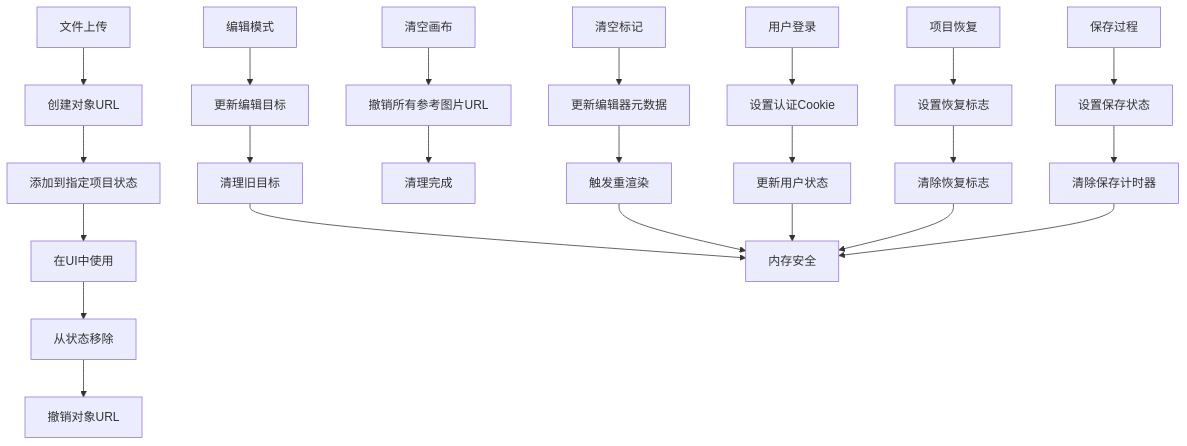
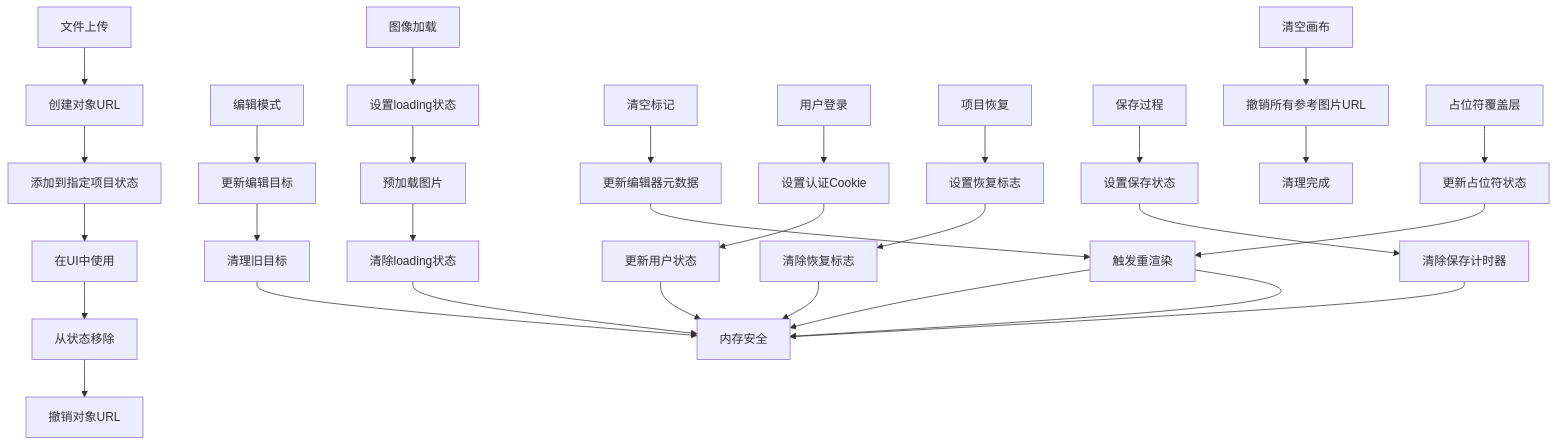
One commit to billye220670/BananaFlow2 changed diagram 17 of 18 in .qoder/repowiki/zh/content/状态管理系统.md. Above: the diagram before and after it, drawn with Mermaid. The commit also changed other lines of this file and 6 other files, not shown here.

````diff
--- a/.qoder/repowiki/zh/content/状态管理系统.md
+++ b/.qoder/repowiki/zh/content/状态管理系统.md
@@ -1084,25 +809,32 @@
 ```mermaid
 flowchart TD
 Upload[文件上传] --> CreateURL[创建对象URL]
 CreateURL --> AddToStore[添加到指定项目状态]
 AddToStore --> UseInUI[在UI中使用]
 UseInUI --> RemoveFromStore[从状态移除]
 RemoveFromStore --> RevokeURL[撤销对象URL]
 EditMode[编辑模式] --> UpdateTarget[更新编辑目标]
 UpdateTarget --> CleanupTarget[清理旧目标]
 CleanupTarget --> MemorySafe[内存安全]
 CanvasClear[清空画布] --> RevokeAllRefs[撤销所有参考图片URL]
 RevokeAllRefs --> CleanupComplete[清理完成]
 MarkerClear[清空标记] --> UpdateEditorMeta[更新编辑器元数据]
 UpdateEditorMeta --> TriggerRender[触发重渲染]
 TriggerRender --> MemorySafe
 UserLogin[用户登录] --> SetCookie[设置认证Cookie]
 SetCookie --> UpdateUserState[更新用户状态]
 UpdateUserState --> MemorySafe
 ProjectRestore[项目恢复] --> SetRestoreFlag[设置恢复标志]
 SetRestoreFlag --> ClearRestoreFlag[清除恢复标志]
 ClearRestoreFlag --> MemorySafe
 SaveProcess[保存过程] --> SetSaveStatus[设置保存状态]
 SetSaveStatus --> ClearSavedTimer[清除保存计时器]
 ClearSavedTimer --> MemorySafe
+ImageLoading[图像加载] --> SetLoadingState[设置loading状态]
+SetLoadingState --> PreloadImage[预加载图片]
+PreloadImage --> ClearLoadingState[清除loading状态]
+ClearLoadingState --> MemorySafe
+PlaceholderOverlay[占位符覆盖层] --> UpdatePlaceholderState[更新占位符状态]
+UpdatePlaceholderState --> TriggerRender[触发重渲染]
+TriggerRender --> MemorySafe
 ```
````
